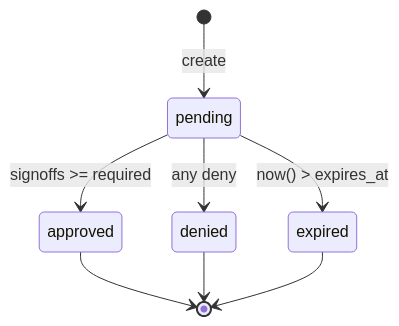
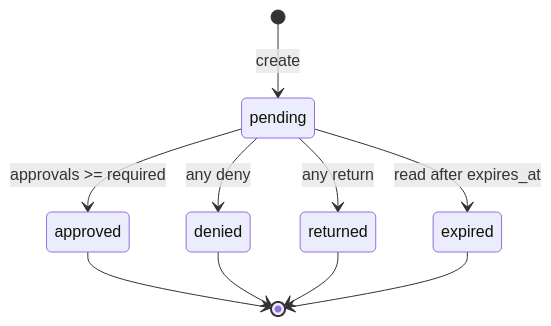
Before and after one commit to sarkar4777/abenix: the second of 3 diagrams in apps/web/public/dev-docs/02-runtime/05-approvals-hitl.md, drawn with Mermaid. The commit also changed other lines of this file and 288 other files, not shown here.

````diff
--- a/apps/web/public/dev-docs/02-runtime/05-approvals-hitl.md
+++ b/apps/web/public/dev-docs/02-runtime/05-approvals-hitl.md
@@ -72,10 +159,12 @@
 ```mermaid
 stateDiagram-v2
   [*] --> pending: create
-  pending --> approved: signoffs >= required
+  pending --> approved: approvals >= required
   pending --> denied: any deny
-  pending --> expired: now() > expires_at
+  pending --> returned: any return
+  pending --> expired: read after expires_at
   approved --> [*]
   denied --> [*]
+  returned --> [*]
   expired --> [*]
 ```
````
